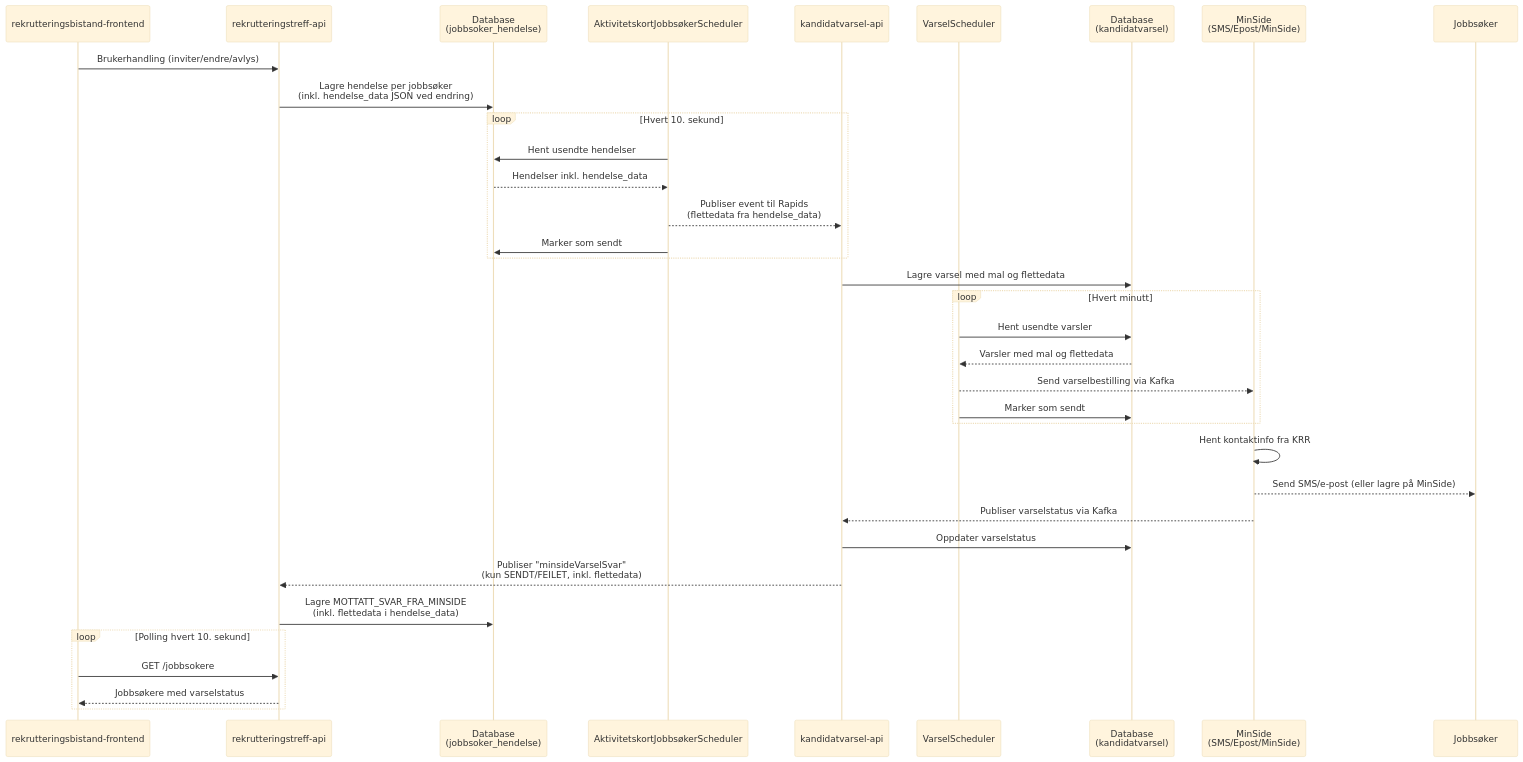
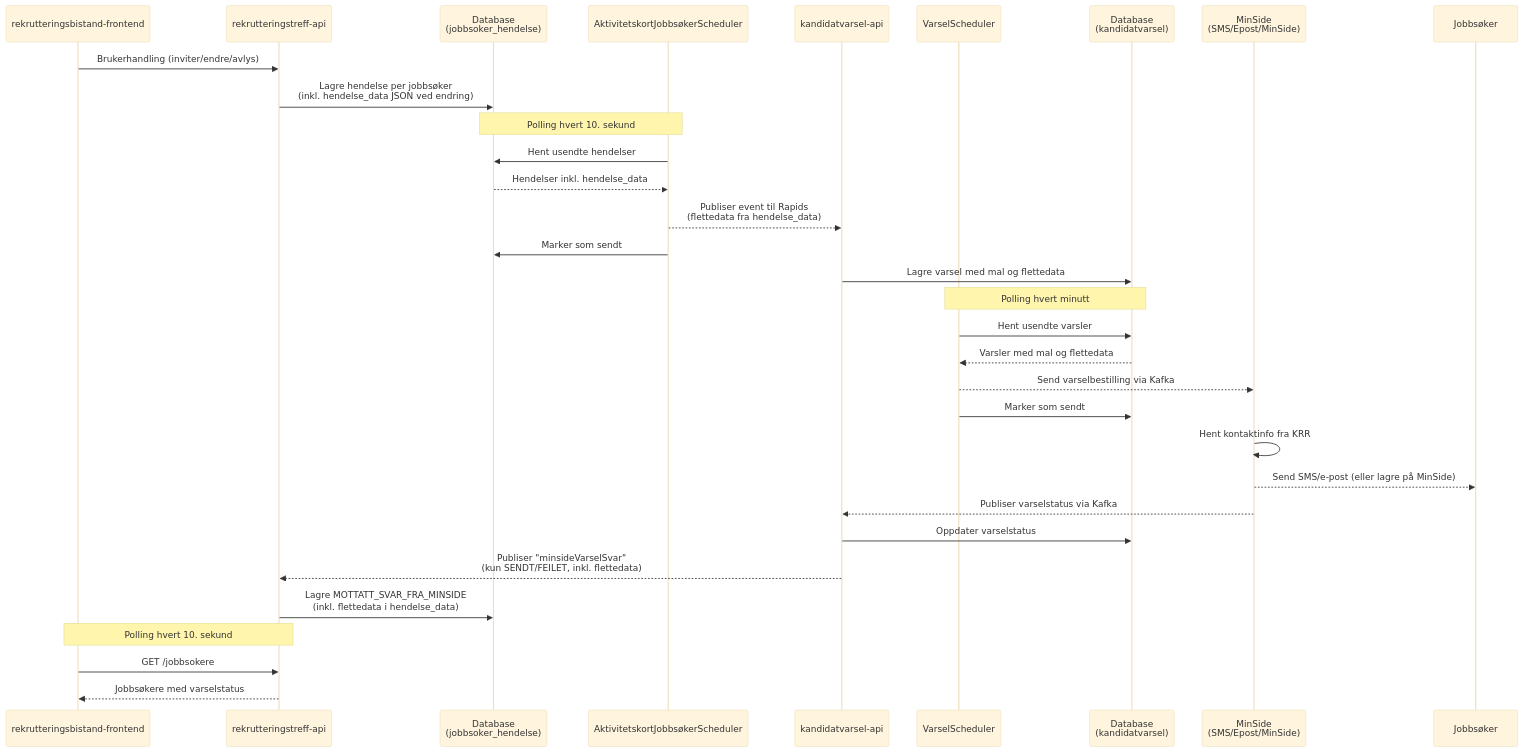
Before and after one commit to navikt/rekrutteringstreff-backend: the diagram in docs/4-integrasjoner/varsling.md, drawn with Mermaid (base theme).

Commit message:
Oppdater varslingsdokument

````diff
--- a/docs/4-integrasjoner/varsling.md
+++ b/docs/4-integrasjoner/varsling.md
@@ -19,42 +19,39 @@
 ```mermaid
 sequenceDiagram
     participant FE as rekrutteringsbistand-frontend
     participant API as rekrutteringstreff-api
     participant DB as Database<br/>(jobbsoker_hendelse)
     participant Scheduler as AktivitetskortJobbsøkerScheduler
     participant KV as kandidatvarsel-api
     participant KVScheduler as VarselScheduler
     participant KVDB as Database<br/>(kandidatvarsel)
     participant MS as MinSide<br/>(SMS/Epost/MinSide)
 
     FE->>API: Brukerhandling (inviter/endre/avlys)
     API->>DB: Lagre hendelse per jobbsøker<br/>(inkl. hendelse_data JSON ved endring)
 
-    loop Hvert 10. sekund
-        Scheduler->>DB: Hent usendte hendelser
-        DB-->>Scheduler: Hendelser inkl. hendelse_data
-        Scheduler-->>KV: Publiser event til Rapids<br/>(flettedata fra hendelse_data)
-        Scheduler->>DB: Marker som sendt
-    end
+    Note over Scheduler,DB: Polling hvert 10. sekund
+    Scheduler->>DB: Hent usendte hendelser
+    DB-->>Scheduler: Hendelser inkl. hendelse_data
+    Scheduler-->>KV: Publiser event til Rapids<br/>(flettedata fra hendelse_data)
+    Scheduler->>DB: Marker som sendt
 
     KV->>KVDB: Lagre varsel med mal og flettedata
 
-    loop Hvert minutt
-        KVScheduler->>KVDB: Hent usendte varsler
-        KVDB-->>KVScheduler: Varsler med mal og flettedata
-        KVScheduler-->>MS: Send varselbestilling via Kafka
-        KVScheduler->>KVDB: Marker som sendt
-    end
+    Note over KVScheduler,KVDB: Polling hvert minutt
+    KVScheduler->>KVDB: Hent usendte varsler
+    KVDB-->>KVScheduler: Varsler med mal og flettedata
+    KVScheduler-->>MS: Send varselbestilling via Kafka
+    KVScheduler->>KVDB: Marker som sendt
 
     MS->>MS: Hent kontaktinfo fra KRR
     MS-->>Jobbsøker: Send SMS/e-post (eller lagre på MinSide)
     MS-->>KV: Publiser varselstatus via Kafka
     KV->>KVDB: Oppdater varselstatus
     KV-->>API: Publiser "minsideVarselSvar"<br/>(kun SENDT/FEILET, inkl. flettedata)
     API->>DB: Lagre MOTTATT_SVAR_FRA_MINSIDE<br/>(inkl. flettedata i hendelse_data)
 
-    loop Polling hvert 10. sekund
-        FE->>API: GET /jobbsokere
-        API-->>FE: Jobbsøkere med varselstatus
-    end
+    Note over FE,API: Polling hvert 10. sekund
+    FE->>API: GET /jobbsokere
+    API-->>FE: Jobbsøkere med varselstatus
 ```
````
